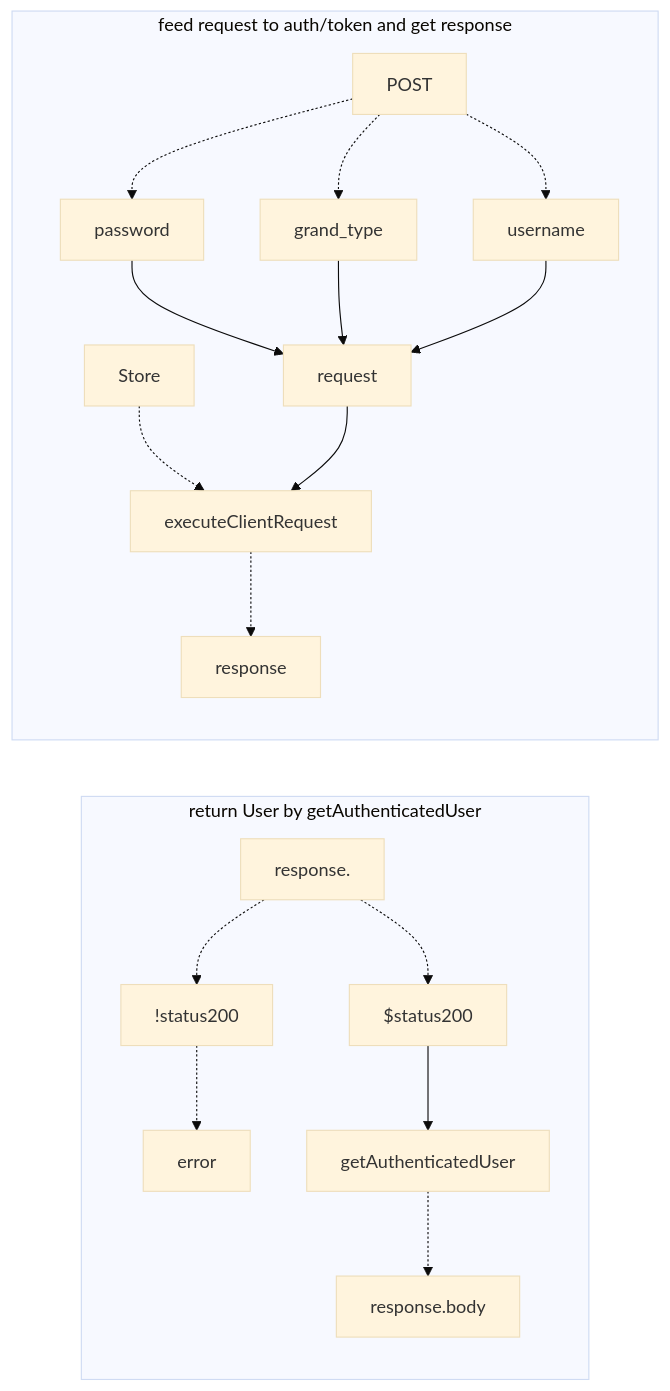
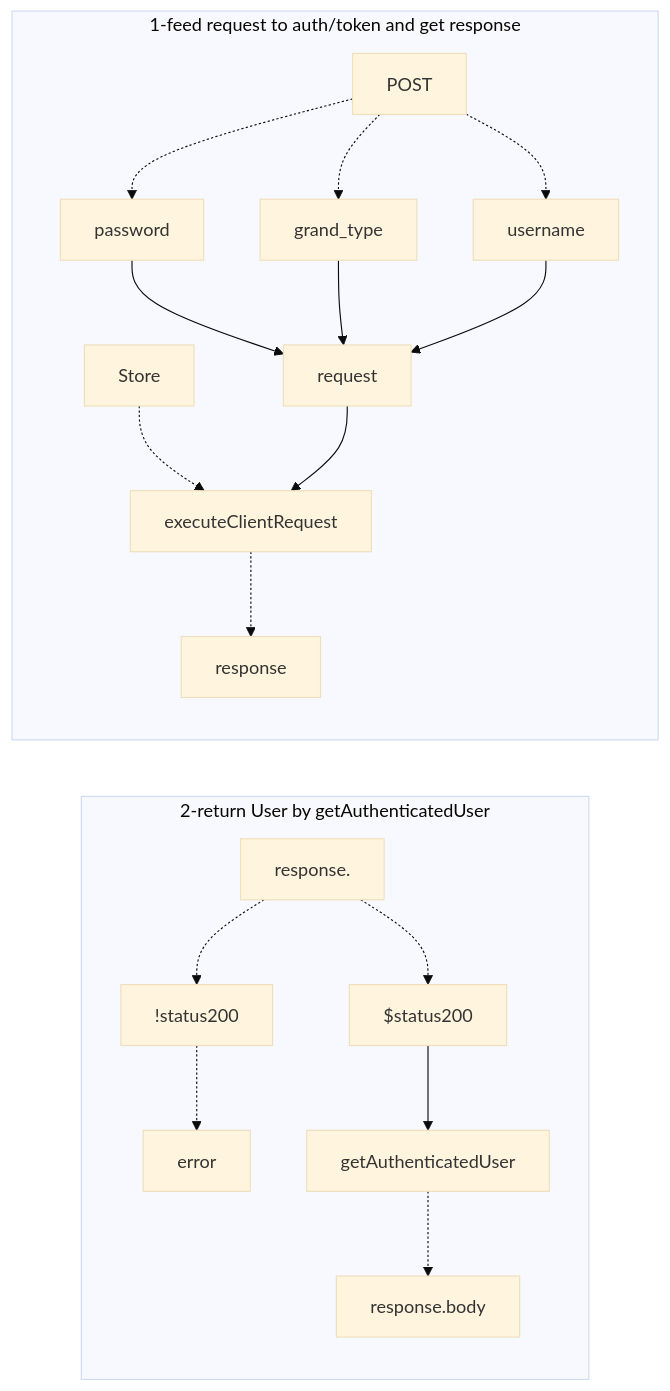
One commit to gordianknotC/nxp_note changed the fifth of 12 diagrams in newage/astro.md. Above: the diagram before and after it, drawn with Mermaid (base theme). The commit also changed other lines of this file, not shown here.

Commit message:
newage/astro.md updated from https://stackedit.io/

````diff
--- a/newage/astro.md
+++ b/newage/astro.md
@@ -68,26 +68,26 @@
 ```mermaid
 graph LR
-subgraph return User by getAuthenticatedUser
+
+subgraph 2-return User by getAuthenticatedUser
 	response. -.-> !status200
 	!status200 -.-> error
 	response. -.-> $status200
 	$status200 --> getAuthenticatedUser
 	getAuthenticatedUser -.-> response.body
 end
-
-subgraph feed request to auth/token and get response
+subgraph 1-feed request to auth/token and get response
 	POST
 	POST -.-> username
 	POST -.-> password
 	POST -.-> grand_type
 	password --> request
 	grand_type --> request
 	username --> request
 
 	Store
 	Store -.-> executeClientRequest
 	request --> executeClientRequest
 	executeClientRequest -.-> response
 end
 
 ```
````
